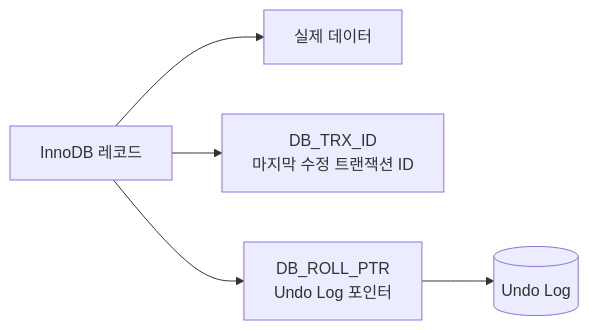
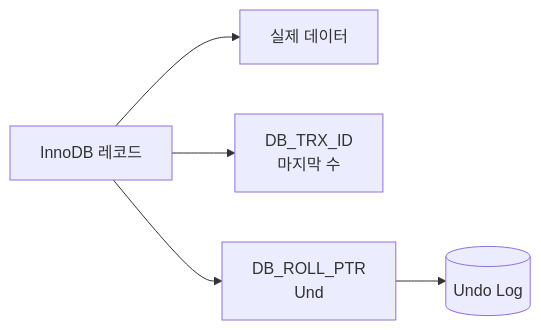
One commit to yjkim2015/yjkim2015.github.io changed the eighth of 10 diagrams in _posts/db/2026-05-01-db-internals.md. Above: the diagram before and after it, drawn with Mermaid. The commit also changed other lines of this file and 271 other files, not shown here.

First line of the commit message:
Mermaid 라벨 축소: 긴 노드 텍스트 18자 이하로 트림 + \n 제거

````diff
--- a/_posts/db/2026-05-01-db-internals.md
+++ b/_posts/db/2026-05-01-db-internals.md
@@ -342,7 +342,7 @@
 ```mermaid
 graph LR
     REC["InnoDB 레코드"] --> DATA[실제 데이터]
-    REC --> TRX["DB_TRX_ID<br>마지막 수정 트랜잭션 ID"]
-    REC --> PTR["DB_ROLL_PTR<br>Undo Log 포인터"]
+    REC --> TRX["DB_TRX_ID<br>마지막 수"]
+    REC --> PTR["DB_ROLL_PTR<br>Und"]
     PTR --> UNDO[(Undo Log)]
 ```
````
